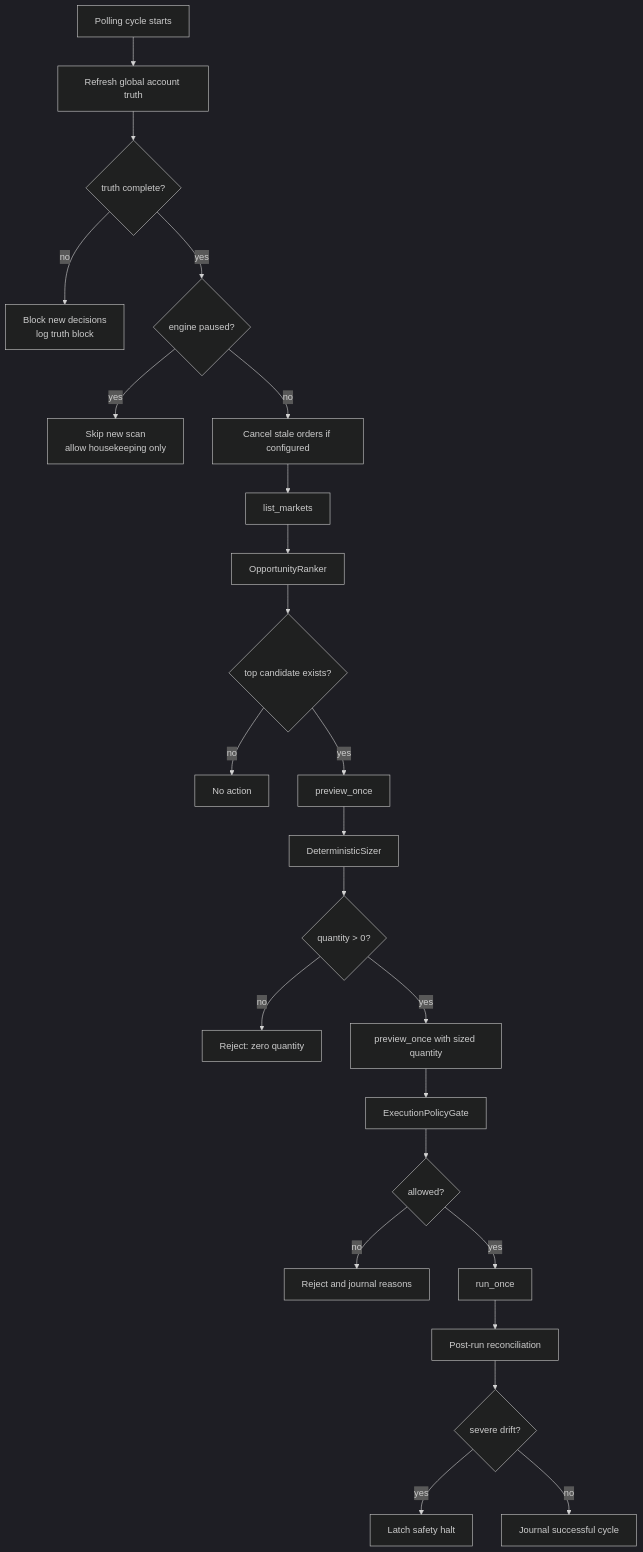
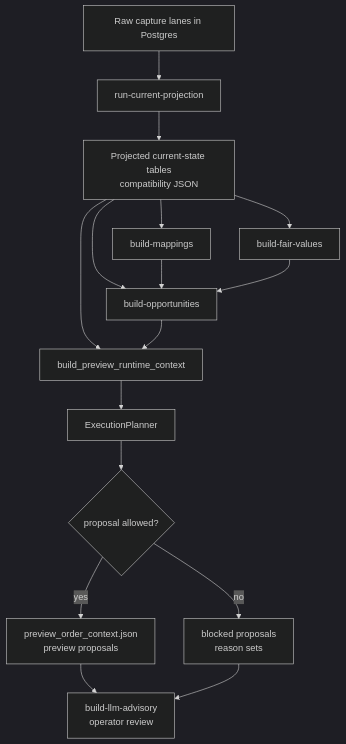
Before and after one commit to harshitagarwal2/polymarket-prediction-agent: the diagram in docs/diagrams/06-discovery-to-execution-decision-flow.md, drawn with Mermaid (dark theme). The commit also changed other lines of this file and 8 other files, not shown here.

First line of the commit message:
Refresh architecture diagrams

````diff
--- a/docs/diagrams/06-discovery-to-execution-decision-flow.md
+++ b/docs/diagrams/06-discovery-to-execution-decision-flow.md
@@ -5,26 +5,22 @@
 ```mermaid
 flowchart TD
-    start[Polling cycle starts] --> truth[Refresh global account truth]
-    truth --> complete{truth complete?}
-    complete -- no --> block[Block new decisions\nlog truth block]
-    complete -- yes --> pause{engine paused?}
-    pause -- yes --> skip[Skip new scan\nallow housekeeping only]
-    pause -- no --> lifecycle[Cancel stale orders if configured]
-    lifecycle --> markets[list_markets]
-    markets --> rank[OpportunityRanker]
-    rank --> top{top candidate exists?}
-    top -- no --> end1[No action]
-    top -- yes --> preview[preview_once]
-    preview --> size[DeterministicSizer]
-    size --> qty{quantity > 0?}
-    qty -- no --> end2[Reject: zero quantity]
-    qty -- yes --> preview2[preview_once with sized quantity]
-    preview2 --> gate[ExecutionPolicyGate]
-    gate --> allowed{allowed?}
-    allowed -- no --> end3[Reject and journal reasons]
-    allowed -- yes --> run[run_once]
-    run --> reconcile[Post-run reconciliation]
-    reconcile --> halt{severe drift?}
-    halt -- yes --> end4[Latch safety halt]
-    halt -- no --> end5[Journal successful cycle]
+    raw[Raw capture lanes in Postgres] --> project[run-current-projection]
+    project --> current[Projected current-state tables\ncompatibility JSON]
+
+    current --> mappings[build-mappings]
+    current --> fvs[build-fair-values]
+    current --> opps[build-opportunities]
+
+    mappings --> opps
+    fvs --> opps
+    current --> plannerctx[build_preview_runtime_context]
+    opps --> plannerctx
+    plannerctx --> planner[ExecutionPlanner]
+
+    planner --> allowed{proposal allowed?}
+    allowed -- yes --> previewctx[preview_order_context.json\npreview proposals]
+    allowed -- no --> blocked[blocked proposals\nreason sets]
+
+    previewctx --> advisory[build-llm-advisory\noperator review]
+    blocked --> advisory
 ```
````
